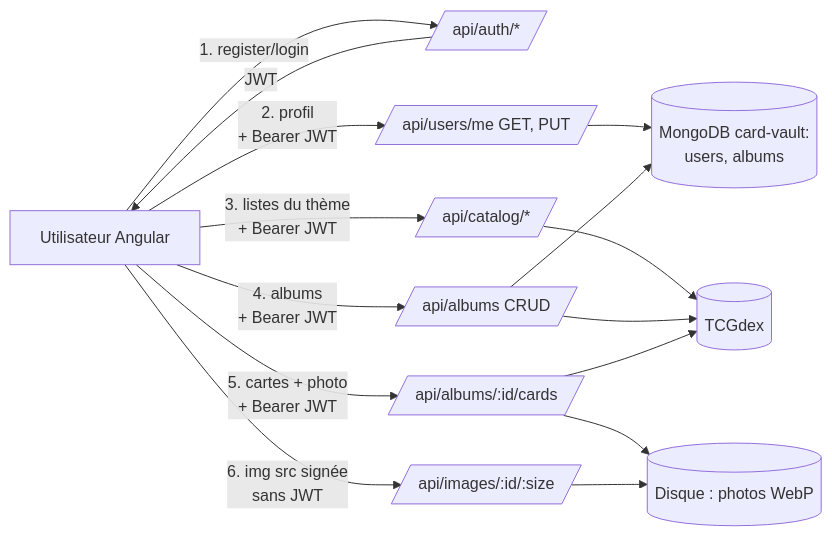
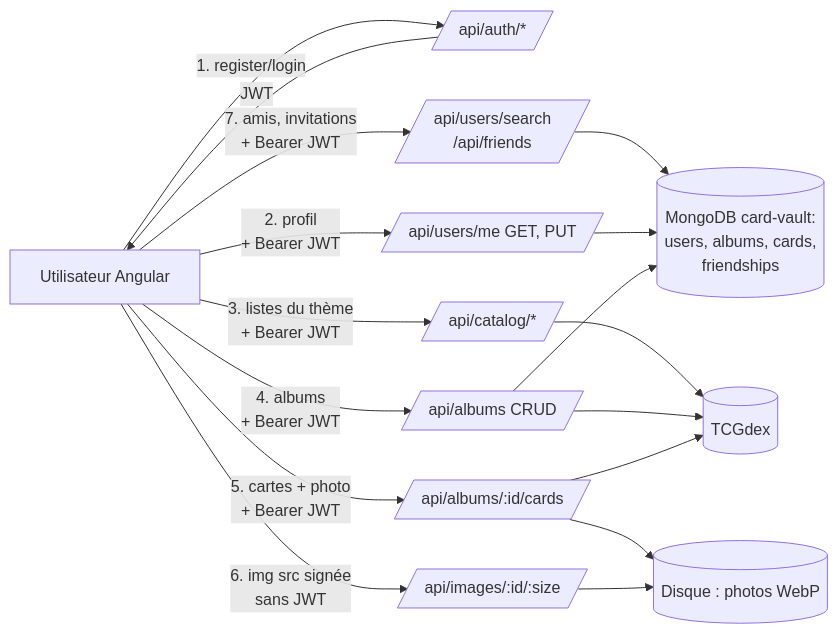
One commit to nini667-E/AngularM1_Miage_2026_2027_TP123 changed diagram 12 of 12 in backend/analyse.md. Above: the diagram before and after it, drawn with Mermaid. The commit also changed other lines of this file and 72 other files, not shown here.

First line of the commit message:
V2 étapes 4 et 5 : amis et partage des albums privés

````diff
--- a/backend/analyse.md
+++ b/backend/analyse.md
@@ -513,17 +635,19 @@
 ```mermaid
 flowchart LR
     A[Utilisateur Angular] -->|1. register/login| B[/api/auth/*/]
     B -->|JWT| A
     A -->|2. profil\n+ Bearer JWT| C[/api/users/me GET, PUT/]
     A -->|3. listes du thème\n+ Bearer JWT| D[/api/catalog/*/]
     D --> T[(TCGdex)]
     A -->|4. albums\n+ Bearer JWT| F[/api/albums CRUD/]
     F --> T
     A -->|5. cartes + photo\n+ Bearer JWT| K[/api/albums/:id/cards/]
     K --> T
     K --> P[(Disque : photos WebP)]
     A -->|6. img src signée\nsans JWT| I[/api/images/:id/:size/]
     I --> P
-    C --> E[(MongoDB card-vault:\nusers, albums)]
+    A -->|7. amis, invitations\n+ Bearer JWT| G[/api/users/search\n/api/friends/]
+    G --> E
+    C --> E[(MongoDB card-vault:\nusers, albums, cards,\nfriendships)]
     F --> E
 ```
````
